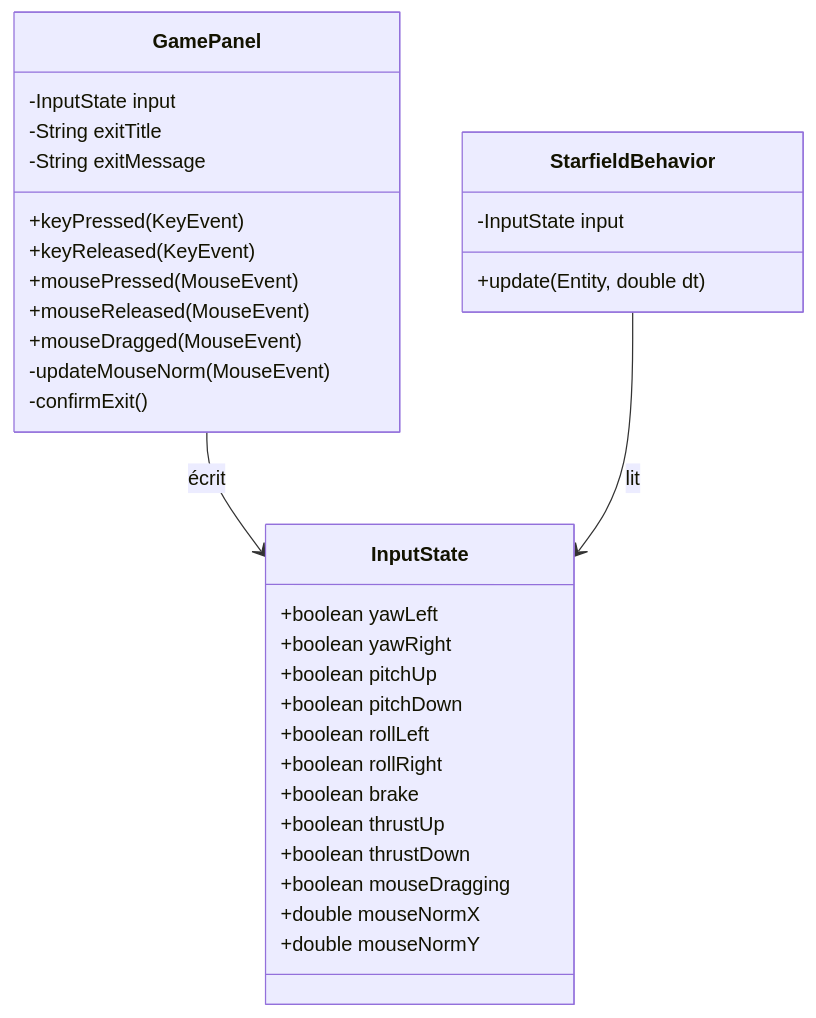
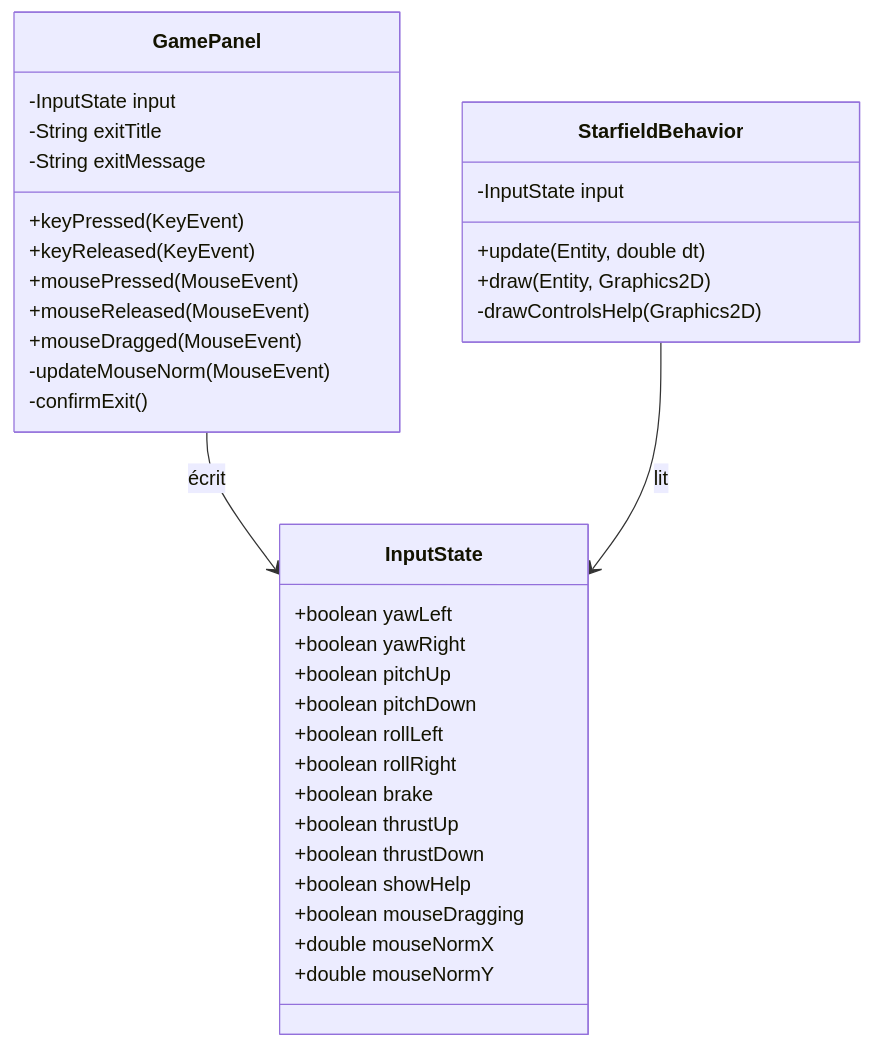
Before and after one commit to mcgivrer/demo001-arm64: the first of 2 diagrams in src/docs/08-input-controls.md, drawn with Mermaid. The commit also changed other lines of this file and 5 other files, not shown here.

````diff
--- a/src/docs/08-input-controls.md
+++ b/src/docs/08-input-controls.md
@@ -15,38 +15,41 @@
 ```mermaid
 classDiagram
     class InputState {
         +boolean yawLeft
         +boolean yawRight
         +boolean pitchUp
         +boolean pitchDown
         +boolean rollLeft
         +boolean rollRight
         +boolean brake
         +boolean thrustUp
         +boolean thrustDown
+        +boolean showHelp
         +boolean mouseDragging
         +double mouseNormX
         +double mouseNormY
     }
 
     class GamePanel {
         -InputState input
         -String exitTitle
         -String exitMessage
         +keyPressed(KeyEvent)
         +keyReleased(KeyEvent)
         +mousePressed(MouseEvent)
         +mouseReleased(MouseEvent)
         +mouseDragged(MouseEvent)
         -updateMouseNorm(MouseEvent)
         -confirmExit()
     }
 
     class StarfieldBehavior {
         -InputState input
         +update(Entity, double dt)
+        +draw(Entity, Graphics2D)
+        -drawControlsHelp(Graphics2D)
     }
 
     GamePanel --> InputState : écrit
     StarfieldBehavior --> InputState : lit
 ```
````
